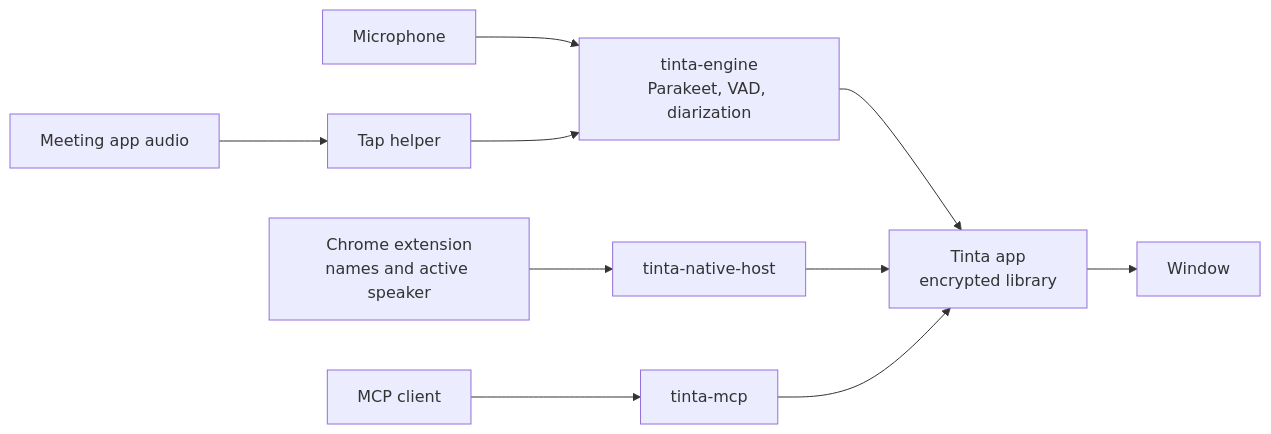
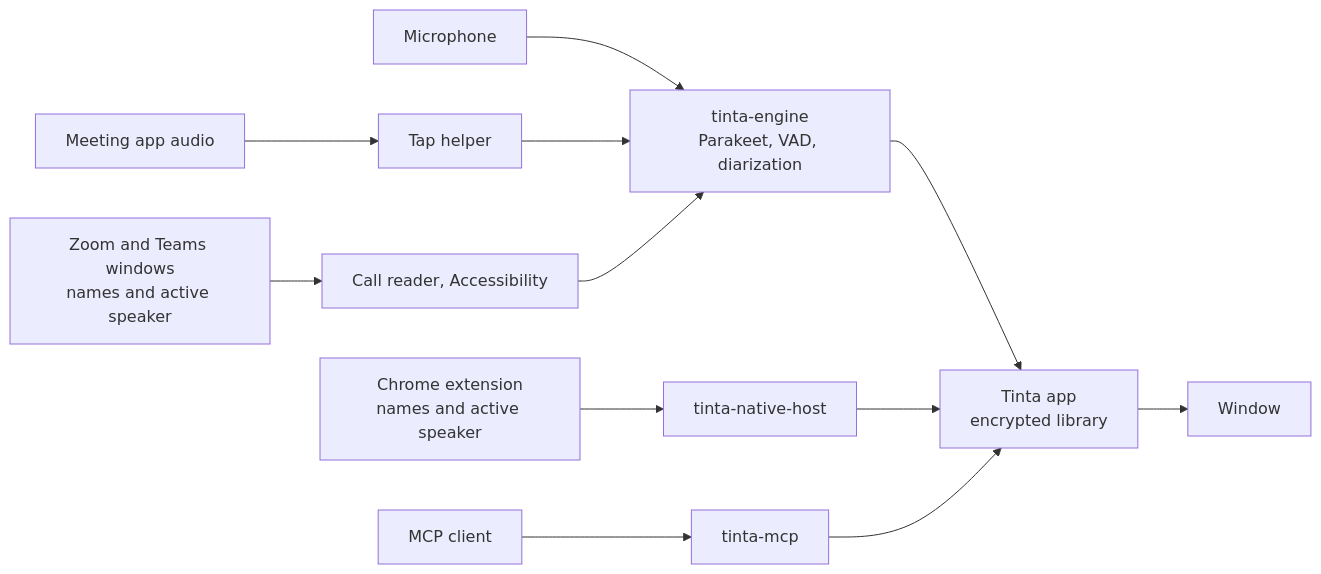
Before and after one commit to pepebndc/tinta: the diagram in README.md, drawn with Mermaid. The commit also changed other lines of this file and 18 other files, not shown here.

First line of the commit message:
Add Zoom and Microsoft Teams call support (beta)

````diff
--- a/README.md
+++ b/README.md
@@ -128,9 +135,10 @@
 ```mermaid
 flowchart LR
     Mic[Microphone] --> Engine
     Call[Meeting app audio] --> Tap[Tap helper] --> Engine
     Engine[tinta-engine<br>Parakeet, VAD, diarization] --> App
+    Apps[Zoom and Teams windows<br>names and active speaker] --> Reader[Call reader, Accessibility] --> Engine
     Ext[Chrome extension<br>names and active speaker] --> Host[tinta-native-host] --> App
     App[Tinta app<br>encrypted library] --> UI[Window]
     Client[MCP client] --> MCP[tinta-mcp] --> App
 ```
````
